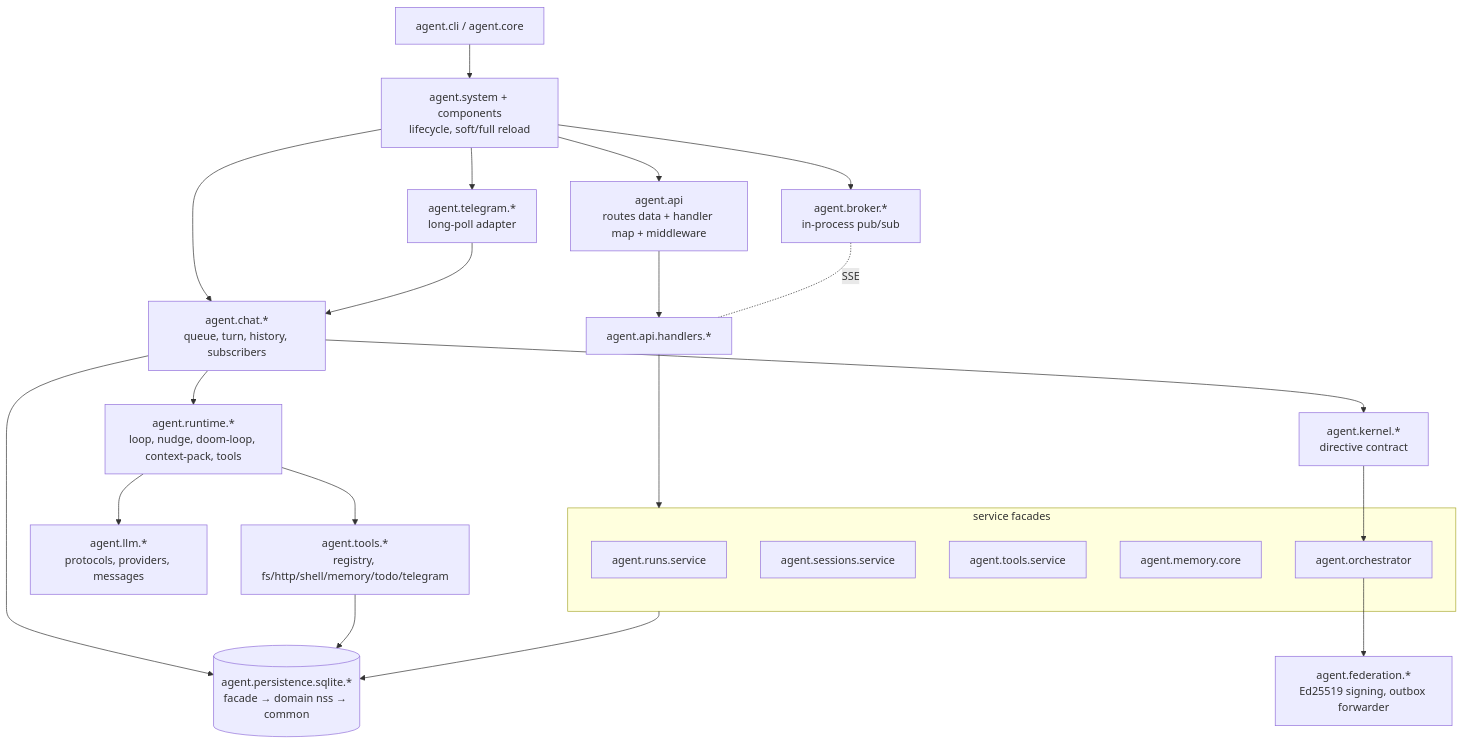
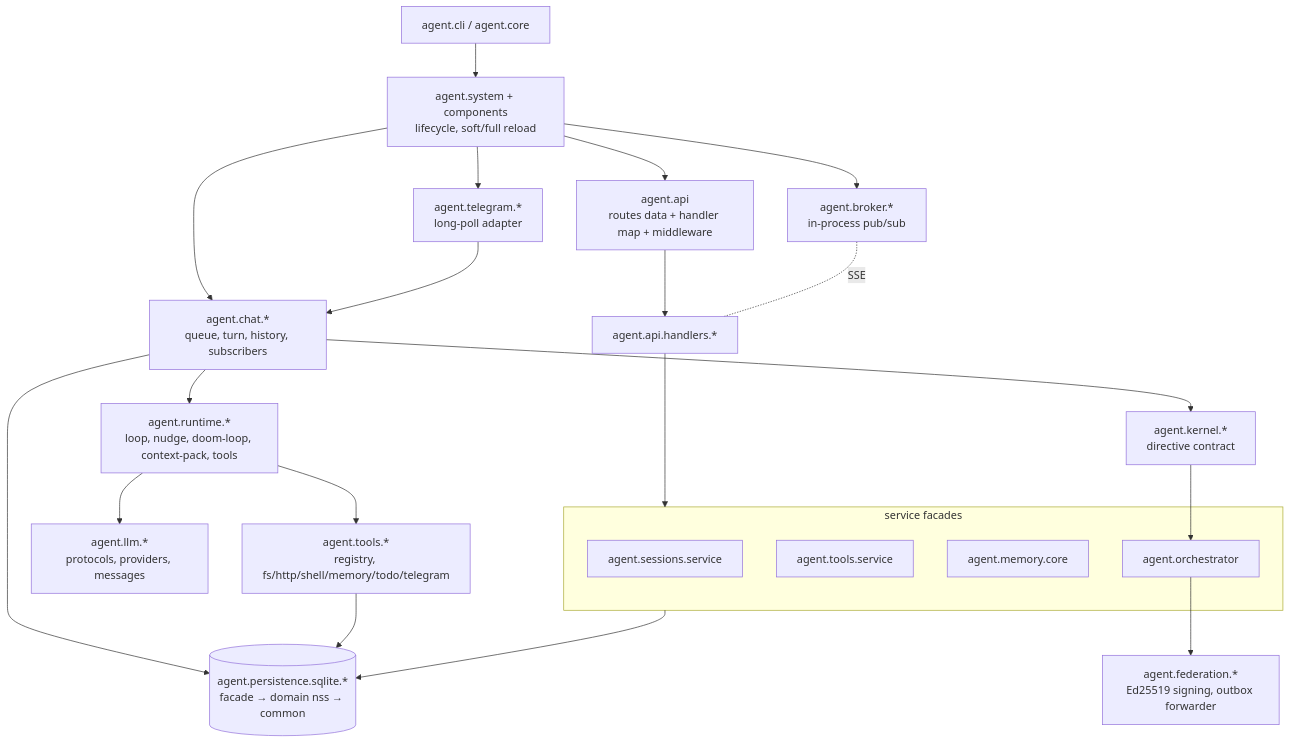
Before and after one commit to skammer/iris: the diagram in obsidian/architecture/codebase-map.md, drawn with Mermaid. The commit also changed other lines of this file and 47 other files, not shown here.

````diff
--- a/obsidian/architecture/codebase-map.md
+++ b/obsidian/architecture/codebase-map.md
@@ -14,26 +14,25 @@
 ```mermaid
 graph TD
     CLI[agent.cli / agent.core] --> SYS[agent.system + components<br/>lifecycle, soft/full reload]
     SYS --> API[agent.api<br/>routes data + handler map + middleware]
     SYS --> TG[agent.telegram.*<br/>long-poll adapter]
     SYS --> CHAT[agent.chat.*<br/>queue, turn, history, subscribers]
     API --> HANDLERS[agent.api.handlers.*] --> SERVICES
     TG --> CHAT
     subgraph SERVICES[service facades]
-        RUNS[agent.runs.service]
         SESS[agent.sessions.service]
         TOOLSVC[agent.tools.service]
         MEM[agent.memory.core]
         ORCH[agent.orchestrator]
     end
     CHAT --> RT[agent.runtime.*<br/>loop, nudge, doom-loop, context-pack, tools]
     RT --> LLM[agent.llm.*<br/>protocols, providers, messages]
     RT --> TOOLS[agent.tools.*<br/>registry, fs/http/shell/memory/todo/telegram]
     SERVICES --> STORE[(agent.persistence.sqlite.*<br/>facade → domain nss → common)]
     CHAT --> STORE
     TOOLS --> STORE
     SYS --> BROKER[agent.broker.*<br/>in-process pub/sub]
     BROKER -.SSE.- HANDLERS
     ORCH --> FED[agent.federation.*<br/>Ed25519 signing, outbox forwarder]
     CHAT --> KERNEL[agent.kernel.*<br/>directive contract] --> ORCH
 ```
````
